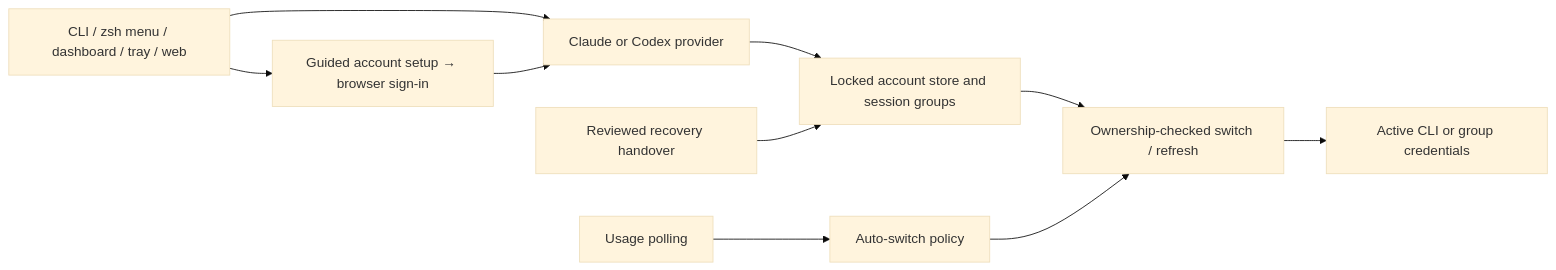
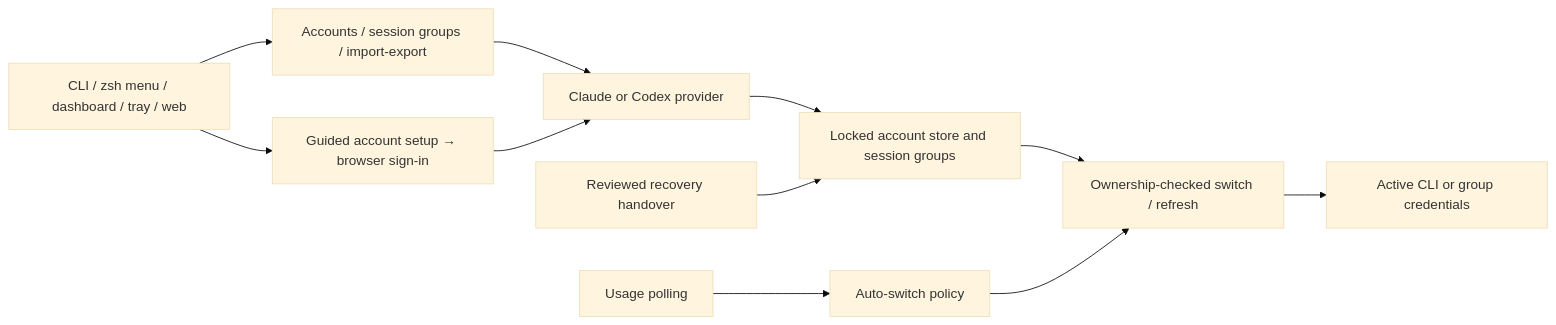
One commit to tyclab/tycswap changed the diagram in README.md. Above: the diagram before and after it, drawn with Mermaid (base theme). The commit also changed other lines of this file and 22 other files, not shown here.

````diff
--- a/README.md
+++ b/README.md
@@ -1195,12 +1200,13 @@
 ```mermaid
 flowchart LR
-    A["CLI / zsh menu / dashboard / tray / web"] --> B["Claude or Codex provider"]
+    A["CLI / zsh menu / dashboard / tray / web"] --> M["Accounts / session groups / import-export"]
+    M --> B["Claude or Codex provider"]
     A --> I["Guided account setup → browser sign-in"]
     I --> B
     B --> C["Locked account store and session groups"]
     C --> D["Ownership-checked switch / refresh"]
     D --> E["Active CLI or group credentials"]
     F["Usage polling"] --> G["Auto-switch policy"]
     G --> D
     H["Reviewed recovery handover"] --> C
 ```
````
